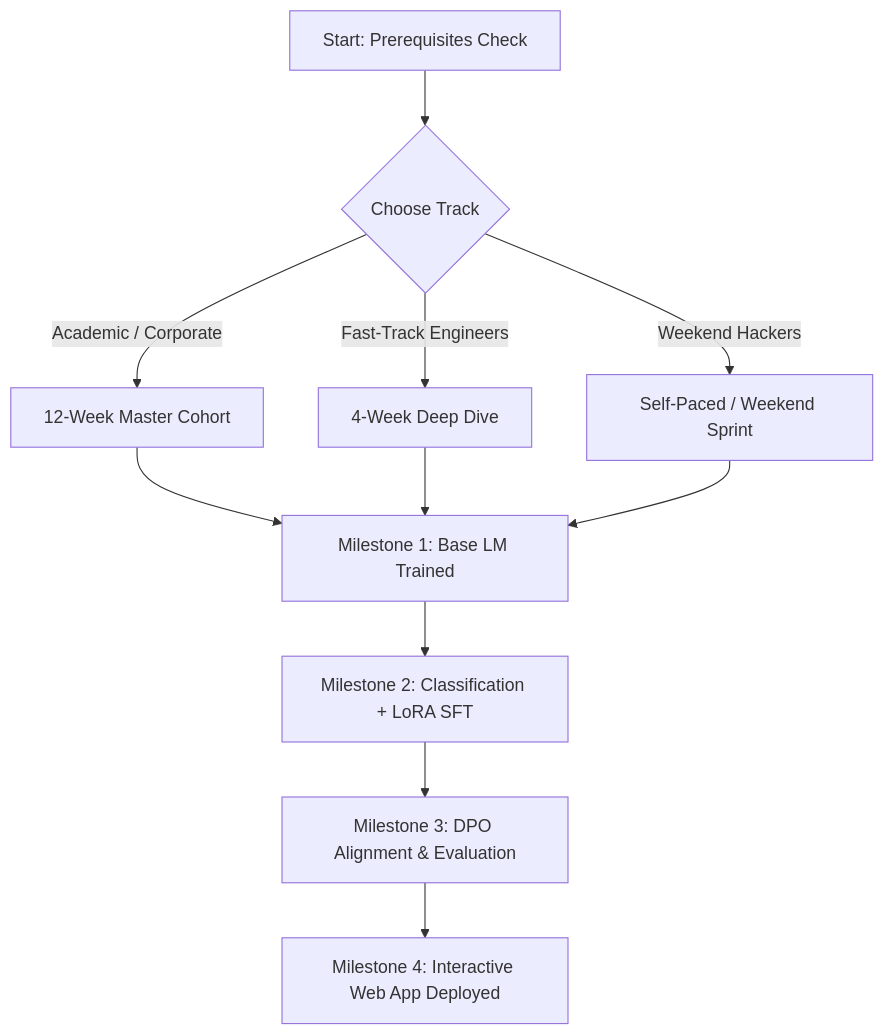
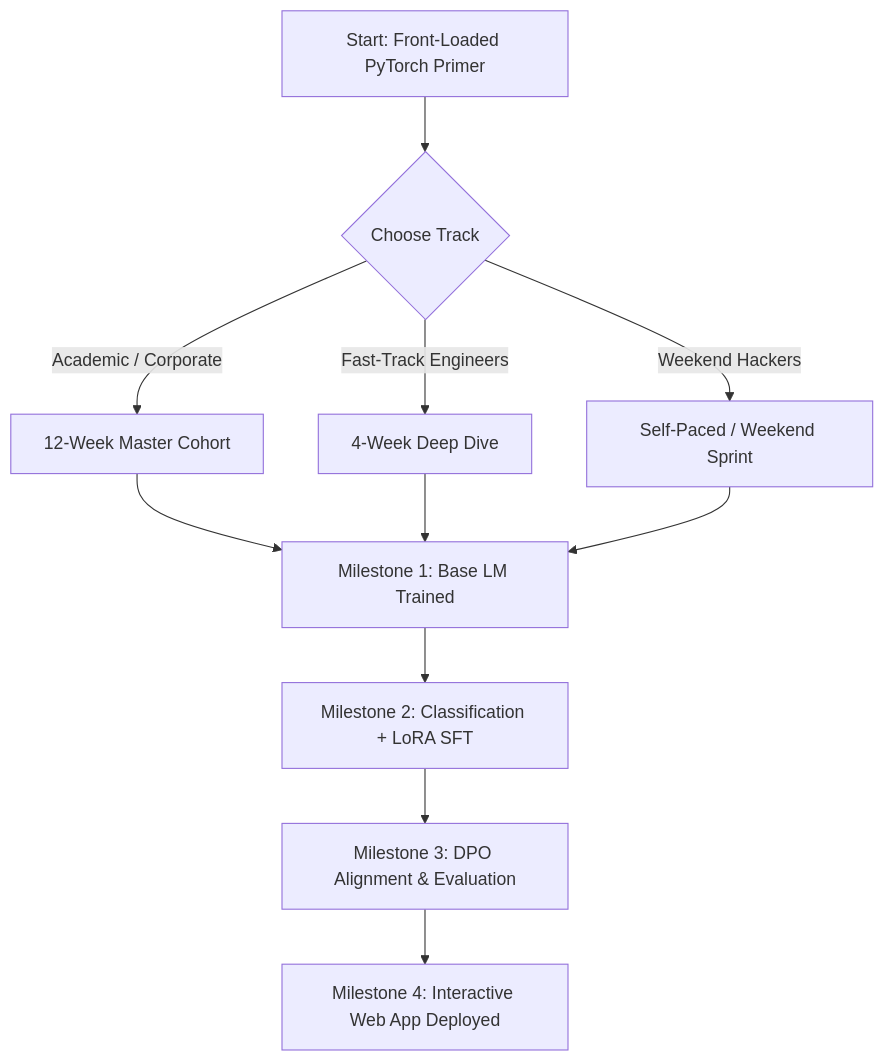
The diagram in PROJECT_ROADMAP.md (write2munish/StoryCraft-LLM), drawn with Mermaid before and after one commit. The commit also changed other lines of this file and 9 other files, not shown here.

Commit message:
Front-load PyTorch Primer before Module 00 and refocus Appendix A on DDP multi-GPU training

````diff
--- a/PROJECT_ROADMAP.md
+++ b/PROJECT_ROADMAP.md
@@ -13,13 +13,13 @@
 ```mermaid
 flowchart TD
-    A[Start: Prerequisites Check] --> B{Choose Track}
+    A[Start: Front-Loaded PyTorch Primer] --> B{Choose Track}
     B -->|Academic / Corporate| C[12-Week Master Cohort]
     B -->|Fast-Track Engineers| D[4-Week Deep Dive]
     B -->|Weekend Hackers| E[Self-Paced / Weekend Sprint]
     C --> F[Milestone 1: Base LM Trained]
     D --> F
     E --> F
     F --> G[Milestone 2: Classification + LoRA SFT]
     G --> H[Milestone 3: DPO Alignment & Evaluation]
     H --> I[Milestone 4: Interactive Web App Deployed]
 ```
````
